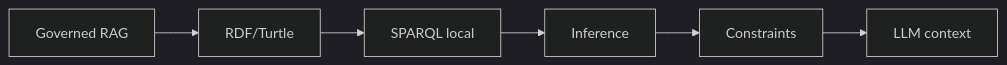
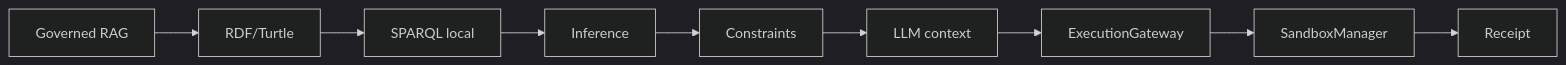
Before and after one commit to MarcValls/BAGO_AGENTIC_DATA_LAB: the second of 2 diagrams in README.md, drawn with Mermaid (dark theme). The commit also changed other lines of this file and 33 other files, not shown here.

````diff
--- a/README.md
+++ b/README.md
@@ -114,14 +117,20 @@
 ```mermaid
 flowchart LR
     RAG[Governed RAG]
     RDF[RDF/Turtle]
     SPARQL[SPARQL local]
     INFERENCE[Inference]
     CONSTRAINTS[Constraints]
     LLM[LLM context]
+    GATEWAY[ExecutionGateway]
+    SANDBOX[SandboxManager]
+    RECEIPT[Receipt]
     RAG --> RDF
     RDF --> SPARQL
     SPARQL --> INFERENCE
     INFERENCE --> CONSTRAINTS
     CONSTRAINTS --> LLM
+    LLM --> GATEWAY
+    GATEWAY --> SANDBOX
+    SANDBOX --> RECEIPT
 ```
````
